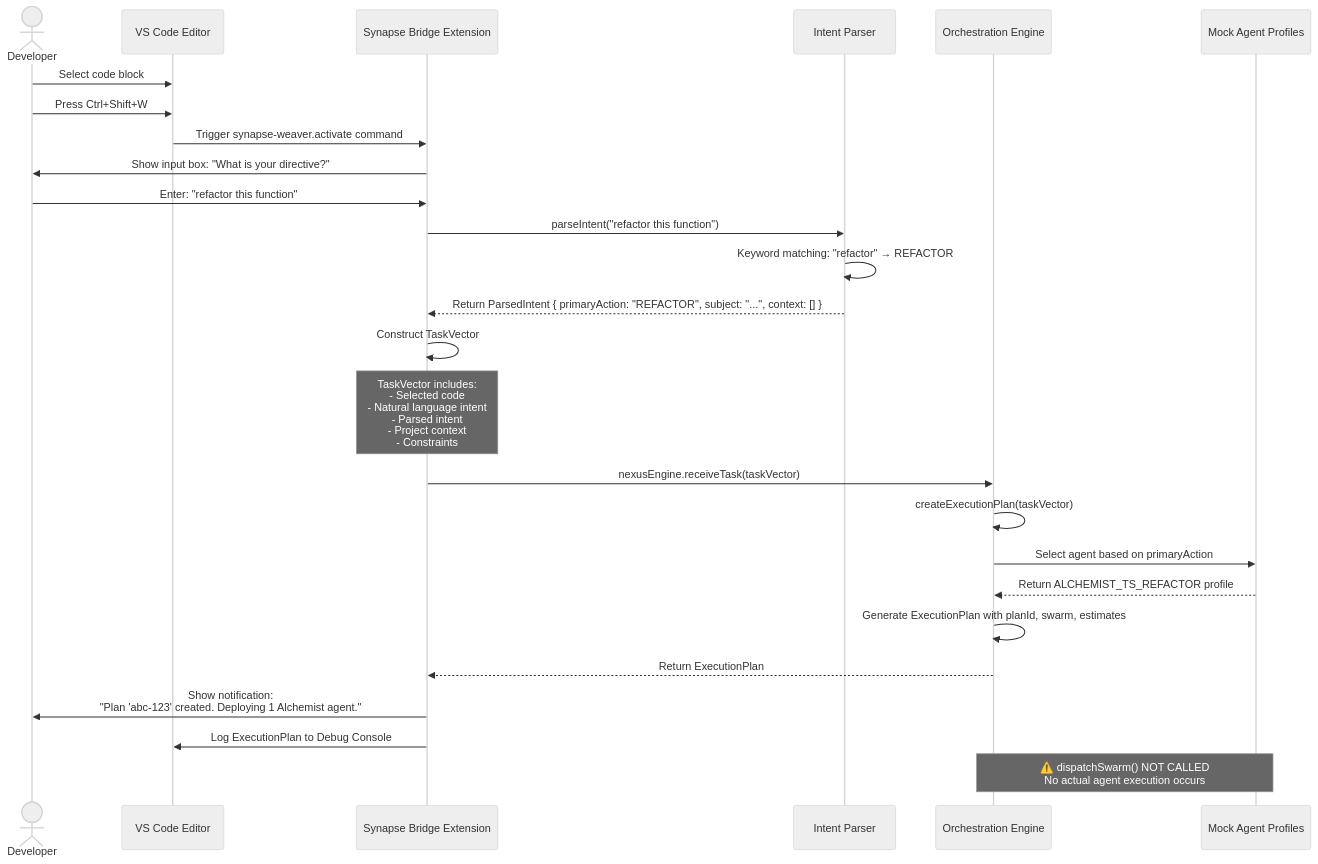
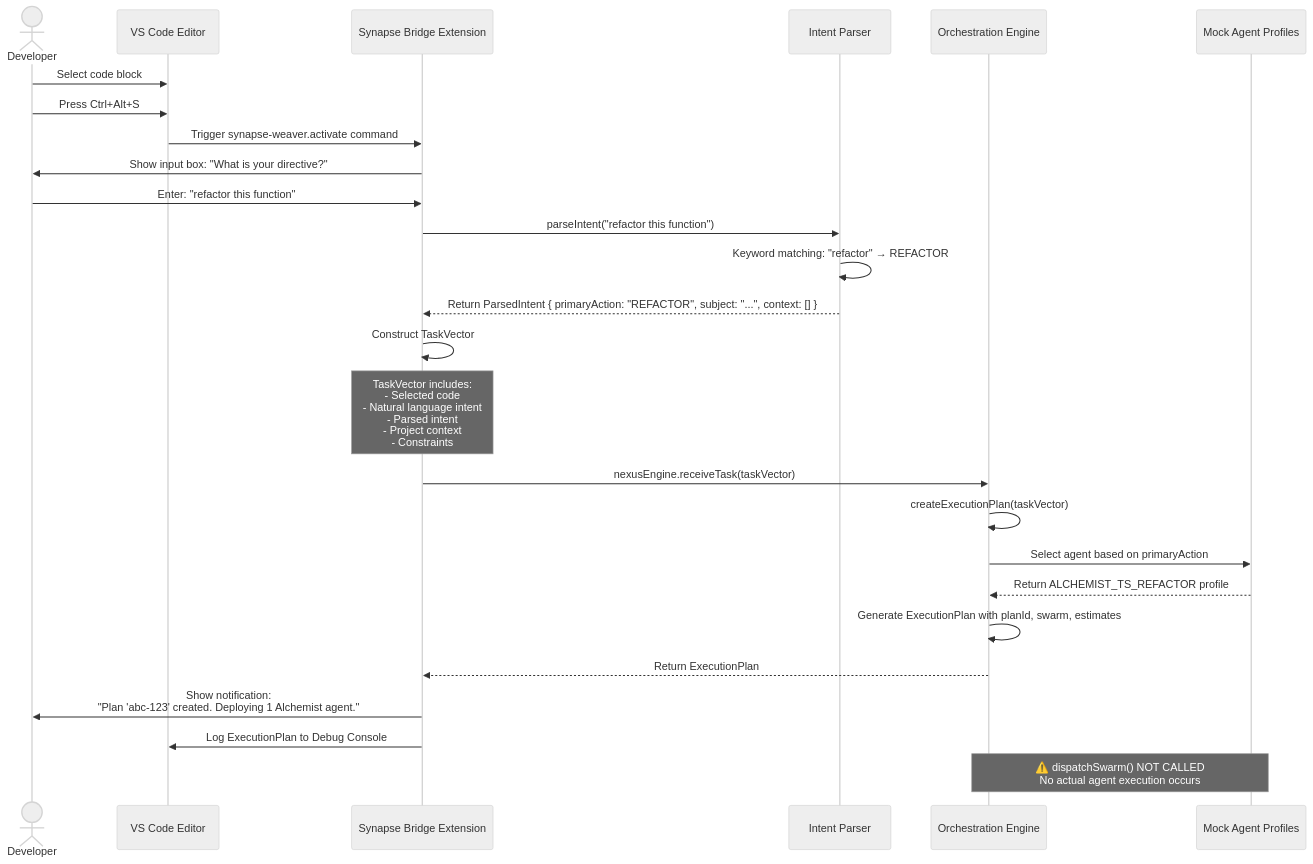
The diagram in docs/PROJECT_ANALYSIS.md (sgbilod/synapse-weaver-nexus), drawn with Mermaid (neutral theme) before and after one commit. The commit also changed other lines of this file and 2 other files, not shown here.

Commit message:
fix(bridge): RE-BIND hotkey to ctrl+alt+s to resolve command conflict

````diff
--- a/docs/PROJECT_ANALYSIS.md
+++ b/docs/PROJECT_ANALYSIS.md
@@ -86,35 +86,35 @@
 ```mermaid
 sequenceDiagram
     actor Developer
     participant VSCode as VS Code Editor
     participant Bridge as Synapse Bridge Extension
     participant Parser as Intent Parser
     participant Engine as Orchestration Engine
     participant Agents as Mock Agent Profiles
 
     Developer->>VSCode: Select code block
-    Developer->>VSCode: Press Ctrl+Shift+W
+    Developer->>VSCode: Press Ctrl+Alt+S
     VSCode->>Bridge: Trigger synapse-weaver.activate command
     Bridge->>Developer: Show input box: "What is your directive?"
     Developer->>Bridge: Enter: "refactor this function"
 
     Bridge->>Parser: parseIntent("refactor this function")
     Parser->>Parser: Keyword matching: "refactor" → REFACTOR
     Parser-->>Bridge: Return ParsedIntent { primaryAction: "REFACTOR", subject: "...", context: [] }
 
     Bridge->>Bridge: Construct TaskVector
     Note over Bridge: TaskVector includes:<br/>- Selected code<br/>- Natural language intent<br/>- Parsed intent<br/>- Project context<br/>- Constraints
 
     Bridge->>Engine: nexusEngine.receiveTask(taskVector)
     Engine->>Engine: createExecutionPlan(taskVector)
     Engine->>Agents: Select agent based on primaryAction
     Agents-->>Engine: Return ALCHEMIST_TS_REFACTOR profile
 
     Engine->>Engine: Generate ExecutionPlan with planId, swarm, estimates
     Engine-->>Bridge: Return ExecutionPlan
 
     Bridge->>Developer: Show notification:<br/>"Plan 'abc-123' created. Deploying 1 Alchemist agent."
     Bridge->>VSCode: Log ExecutionPlan to Debug Console
 
     Note over Engine,Agents: ⚠️ dispatchSwarm() NOT CALLED<br/>No actual agent execution occurs
 ```
````
